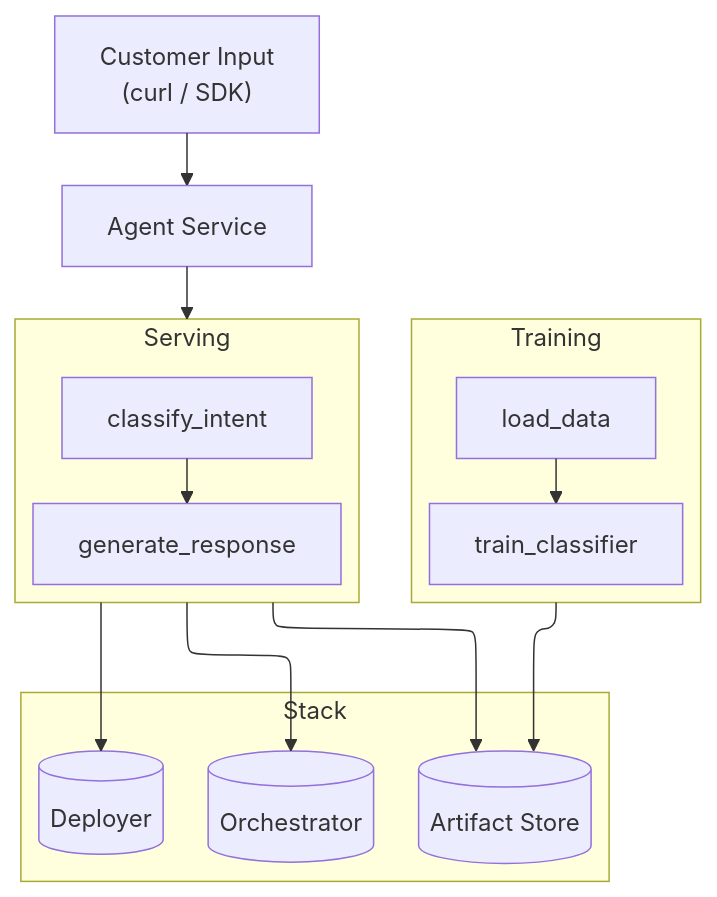
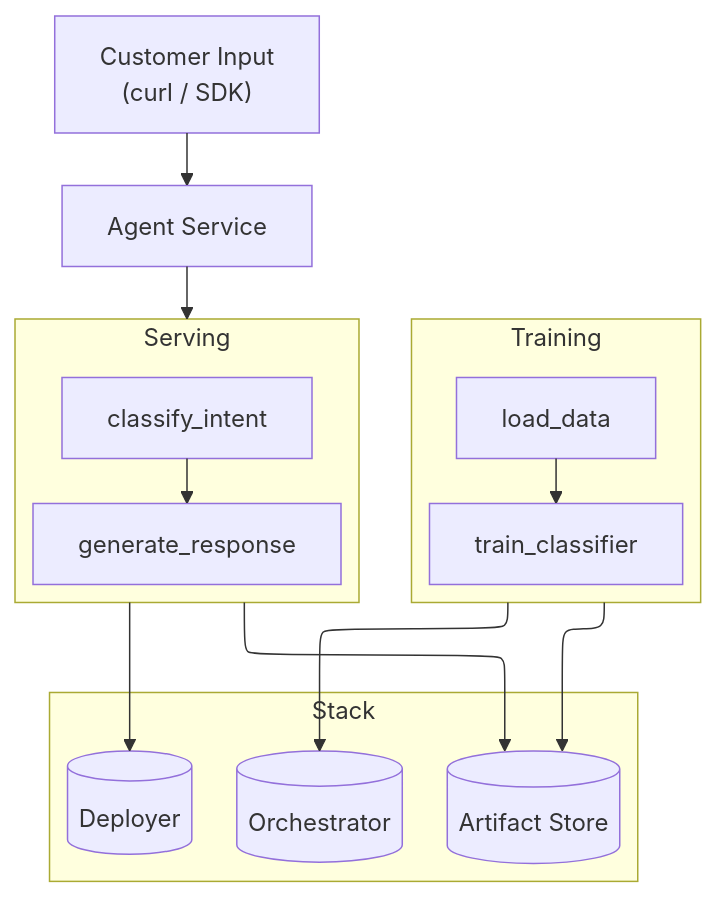
Before and after one commit to zenml-io/zenml: the third of 3 diagrams in docs/book/getting-started/your-first-ai-pipeline.md, drawn with Mermaid.

Commit message:
Update AI pipeline flowchart connections

````diff
--- a/docs/book/getting-started/your-first-ai-pipeline.md
+++ b/docs/book/getting-started/your-first-ai-pipeline.md
@@ -179,34 +179,34 @@
 ```mermaid
 ---
 config:
   layout: elk
   theme: mc
 ---
 flowchart TB
   U["Customer Input<br/>(curl / SDK)"] --> SA["Agent Service"]
 
   subgraph TRAIN["Training"]
     D["load_data"]
     T["train_classifier"]
     D --> T
   end
 
   subgraph SERVE["Serving"]
     C["classify_intent"]
     R["generate_response"]
     C --> R
   end
 
   SA --> SERVE
 
   subgraph STACK["Stack"]
     OR[("Orchestrator")]
     AR[("Artifact Store")]
     DE[("Deployer")]
   end
 
   TRAIN --> AR
-  SERVE --> OR
+  TRAIN --> OR
   SERVE --> AR
   SERVE --> DE
 ```
````
